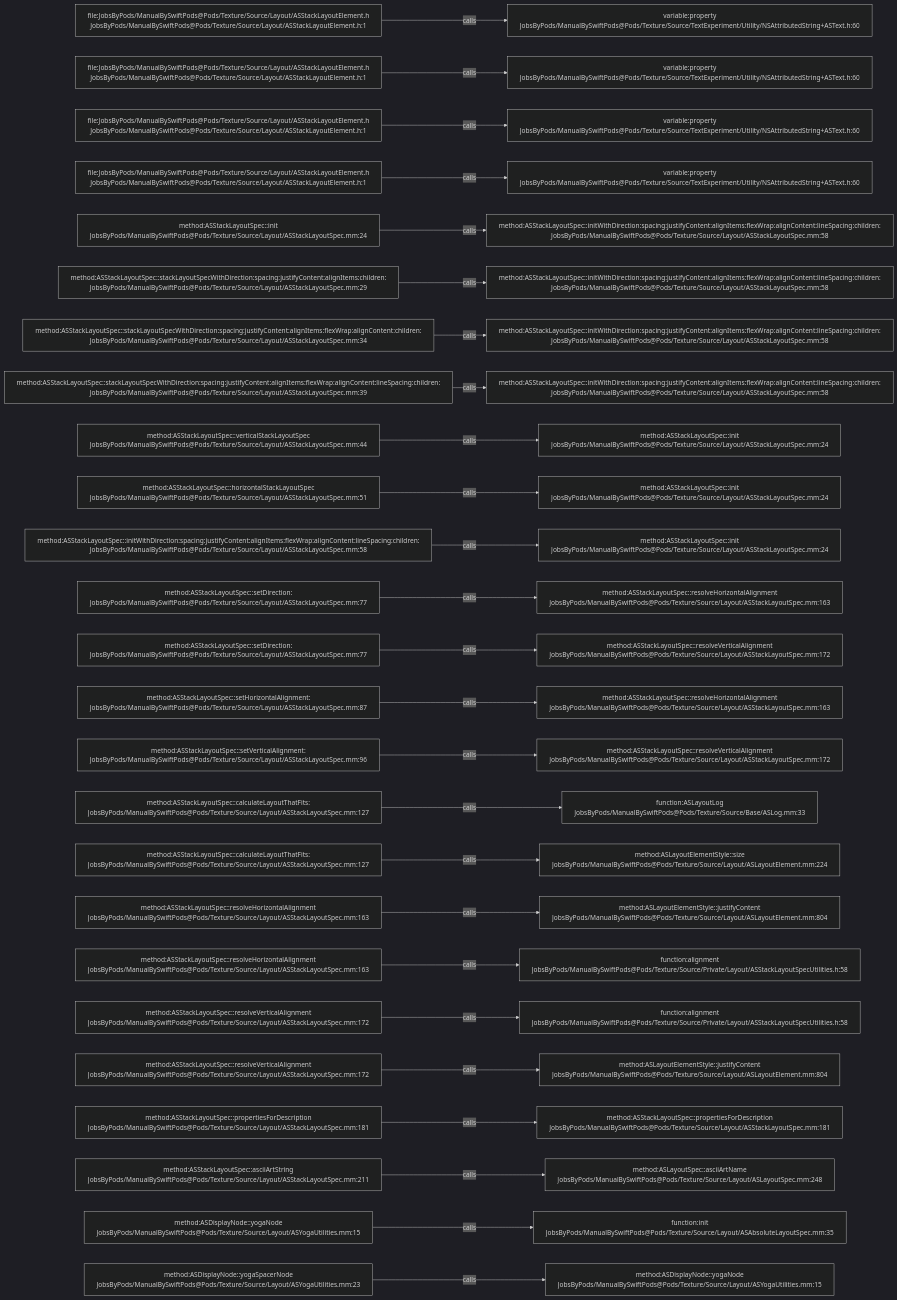
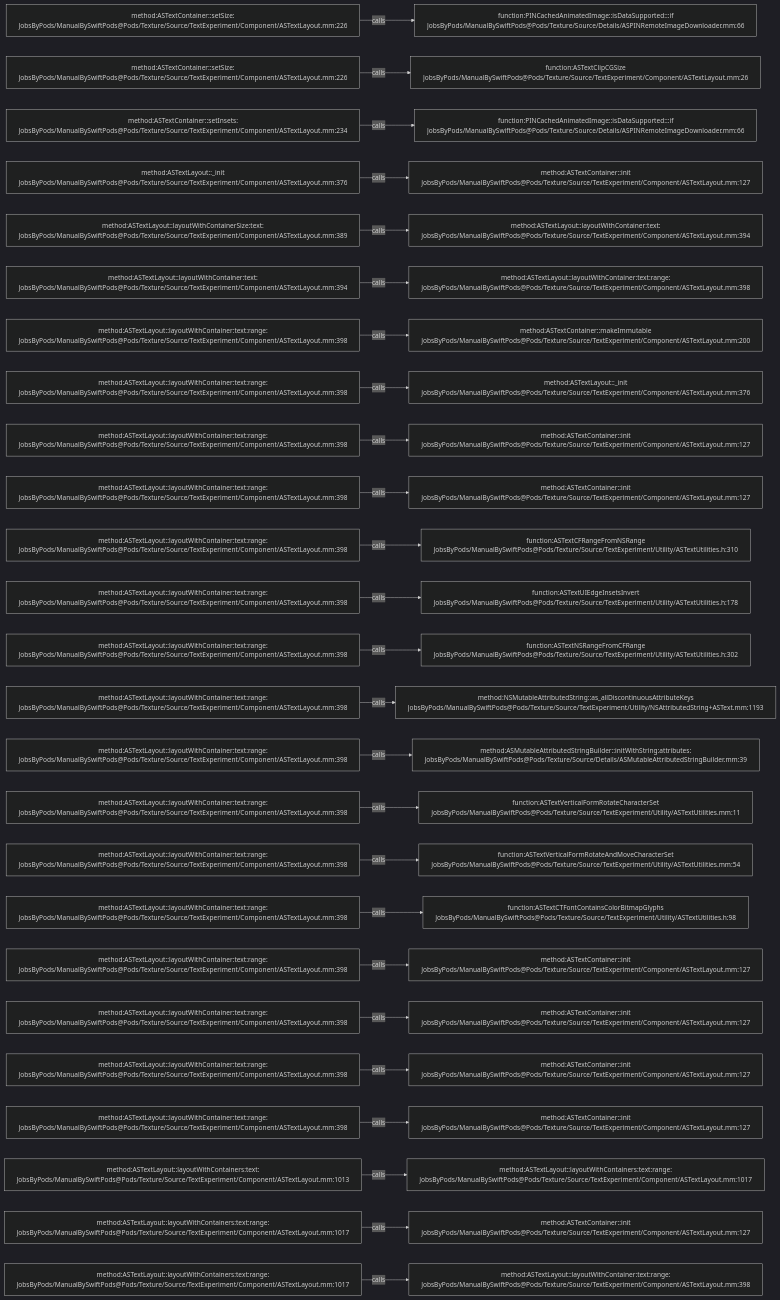
The diagram in .codegraph/codegraph.md/graphs/calls-132.md (JobsKits/JobsSwiftBaseConfigDemo), drawn with Mermaid (dark theme) before and after one commit. The commit also changed 832 other files, not shown here.

````diff
--- a/.codegraph/codegraph.md/graphs/calls-132.md
+++ b/.codegraph/codegraph.md/graphs/calls-132.md
@@ -13,78 +13,78 @@
 ```mermaid
 flowchart LR
-  S1["file:JobsByPods/ManualBySwiftPods@Pods/Texture/Source/Layout/ASStackLayoutElement.h<br/>JobsByPods/ManualBySwiftPods@Pods/Texture/Source/Layout/ASStackLayoutElement.h:1"]
-  T1["variable:property<br/>JobsByPods/ManualBySwiftPods@Pods/Texture/Source/TextExperiment/Utility/NSAttributedString+ASText.h:60"]
+  S1["method:ASTextContainer::setSize:<br/>JobsByPods/ManualBySwiftPods@Pods/Texture/Source/TextExperiment/Component/ASTextLayout.mm:226"]
+  T1["function:PINCachedAnimatedImage::isDataSupported:::if<br/>JobsByPods/ManualBySwiftPods@Pods/Texture/Source/Details/ASPINRemoteImageDownloader.mm:66"]
   S1 -->|calls| T1
-  S2["file:JobsByPods/ManualBySwiftPods@Pods/Texture/Source/Layout/ASStackLayoutElement.h<br/>JobsByPods/ManualBySwiftPods@Pods/Texture/Source/Layout/ASStackLayoutElement.h:1"]
-  T2["variable:property<br/>JobsByPods/ManualBySwiftPods@Pods/Texture/Source/TextExperiment/Utility/NSAttributedString+ASText.h:60"]
+  S2["method:ASTextContainer::setSize:<br/>JobsByPods/ManualBySwiftPods@Pods/Texture/Source/TextExperiment/Component/ASTextLayout.mm:226"]
+  T2["function:ASTextClipCGSize<br/>JobsByPods/ManualBySwiftPods@Pods/Texture/Source/TextExperiment/Component/ASTextLayout.mm:26"]
   S2 -->|calls| T2
-  S3["file:JobsByPods/ManualBySwiftPods@Pods/Texture/Source/Layout/ASStackLayoutElement.h<br/>JobsByPods/ManualBySwiftPods@Pods/Texture/Source/Layout/ASStackLayoutElement.h:1"]
-  T3["variable:property<br/>JobsByPods/ManualBySwiftPods@Pods/Texture/Source/TextExperiment/Utility/NSAttributedString+ASText.h:60"]
+  S3["method:ASTextContainer::setInsets:<br/>JobsByPods/ManualBySwiftPods@Pods/Texture/Source/TextExperiment/Component/ASTextLayout.mm:234"]
+  T3["function:PINCachedAnimatedImage::isDataSupported:::if<br/>JobsByPods/ManualBySwiftPods@Pods/Texture/Source/Details/ASPINRemoteImageDownloader.mm:66"]
   S3 -->|calls| T3
-  S4["file:JobsByPods/ManualBySwiftPods@Pods/Texture/Source/Layout/ASStackLayoutElement.h<br/>JobsByPods/ManualBySwiftPods@Pods/Texture/Source/Layout/ASStackLayoutElement.h:1"]
-  T4["variable:property<br/>JobsByPods/ManualBySwiftPods@Pods/Texture/Source/TextExperiment/Utility/NSAttributedString+ASText.h:60"]
+  S4["method:ASTextLayout::_init<br/>JobsByPods/ManualBySwiftPods@Pods/Texture/Source/TextExperiment/Component/ASTextLayout.mm:376"]
+  T4["method:ASTextContainer::init<br/>JobsByPods/ManualBySwiftPods@Pods/Texture/Source/TextExperiment/Component/ASTextLayout.mm:127"]
   S4 -->|calls| T4
-  S5["method:ASStackLayoutSpec::init<br/>JobsByPods/ManualBySwiftPods@Pods/Texture/Source/Layout/ASStackLayoutSpec.mm:24"]
-  T5["method:ASStackLayoutSpec::initWithDirection:spacing:justifyContent:alignItems:flexWrap:alignContent:lineSpacing:children:<br/>JobsByPods/ManualBySwiftPods@Pods/Texture/Source/Layout/ASStackLayoutSpec.mm:58"]
+  S5["method:ASTextLayout::layoutWithContainerSize:text:<br/>JobsByPods/ManualBySwiftPods@Pods/Texture/Source/TextExperiment/Component/ASTextLayout.mm:389"]
+  T5["method:ASTextLayout::layoutWithContainer:text:<br/>JobsByPods/ManualBySwiftPods@Pods/Texture/Source/TextExperiment/Component/ASTextLayout.mm:394"]
   S5 -->|calls| T5
-  S6["method:ASStackLayoutSpec::stackLayoutSpecWithDirection:spacing:justifyContent:alignItems:children:<br/>JobsByPods/ManualBySwiftPods@Pods/Texture/Source/Layout/ASStackLayoutSpec.mm:29"]
-  T6["method:ASStackLayoutSpec::initWithDirection:spacing:justifyContent:alignItems:flexWrap:alignContent:lineSpacing:children:<br/>JobsByPods/ManualBySwiftPods@Pods/Texture/Source/Layout/ASStackLayoutSpec.mm:58"]
+  S6["method:ASTextLayout::layoutWithContainer:text:<br/>JobsByPods/ManualBySwiftPods@Pods/Texture/Source/TextExperiment/Component/ASTextLayout.mm:394"]
+  T6["method:ASTextLayout::layoutWithContainer:text:range:<br/>JobsByPods/ManualBySwiftPods@Pods/Texture/Source/TextExperiment/Component/ASTextLayout.mm:398"]
   S6 -->|calls| T6
-  S7["method:ASStackLayoutSpec::stackLayoutSpecWithDirection:spacing:justifyContent:alignItems:flexWrap:alignContent:children:<br/>JobsByPods/ManualBySwiftPods@Pods/Texture/Source/Layout/ASStackLayoutSpec.mm:34"]
-  T7["method:ASStackLayoutSpec::initWithDirection:spacing:justifyContent:alignItems:flexWrap:alignContent:lineSpacing:children:<br/>JobsByPods/ManualBySwiftPods@Pods/Texture/Source/Layout/ASStackLayoutSpec.mm:58"]
+  S7["method:ASTextLayout::layoutWithContainer:text:range:<br/>JobsByPods/ManualBySwiftPods@Pods/Texture/Source/TextExperiment/Component/ASTextLayout.mm:398"]
+  T7["method:ASTextContainer::makeImmutable<br/>JobsByPods/ManualBySwiftPods@Pods/Texture/Source/TextExperiment/Component/ASTextLayout.mm:200"]
   S7 -->|calls| T7
-  S8["method:ASStackLayoutSpec::stackLayoutSpecWithDirection:spacing:justifyContent:alignItems:flexWrap:alignContent:lineSpacing:children:<br/>JobsByPods/ManualBySwiftPods@Pods/Texture/Source/Layout/ASStackLayoutSpec.mm:39"]
-  T8["method:ASStackLayoutSpec::initWithDirection:spacing:justifyContent:alignItems:flexWrap:alignContent:lineSpacing:children:<br/>JobsByPods/ManualBySwiftPods@Pods/Texture/Source/Layout/ASStackLayoutSpec.mm:58"]
+  S8["method:ASTextLayout::layoutWithContainer:text:range:<br/>JobsByPods/ManualBySwiftPods@Pods/Texture/Source/TextExperiment/Component/ASTextLayout.mm:398"]
+  T8["method:ASTextLayout::_init<br/>JobsByPods/ManualBySwiftPods@Pods/Texture/Source/TextExperiment/Component/ASTextLayout.mm:376"]
   S8 -->|calls| T8
-  S9["method:ASStackLayoutSpec::verticalStackLayoutSpec<br/>JobsByPods/ManualBySwiftPods@Pods/Texture/Source/Layout/ASStackLayoutSpec.mm:44"]
-  T9["method:ASStackLayoutSpec::init<br/>JobsByPods/ManualBySwiftPods@Pods/Texture/Source/Layout/ASStackLayoutSpec.mm:24"]
+  S9["method:ASTextLayout::layoutWithContainer:text:range:<br/>JobsByPods/ManualBySwiftPods@Pods/Texture/Source/TextExperiment/Component/ASTextLayout.mm:398"]
+  T9["method:ASTextContainer::init<br/>JobsByPods/ManualBySwiftPods@Pods/Texture/Source/TextExperiment/Component/ASTextLayout.mm:127"]
   S9 -->|calls| T9
-  S10["method:ASStackLayoutSpec::horizontalStackLayoutSpec<br/>JobsByPods/ManualBySwiftPods@Pods/Texture/Source/Layout/ASStackLayoutSpec.mm:51"]
-  T10["method:ASStackLayoutSpec::init<br/>JobsByPods/ManualBySwiftPods@Pods/Texture/Source/Layout/ASStackLayoutSpec.mm:24"]
+  S10["method:ASTextLayout::layoutWithContainer:text:range:<br/>JobsByPods/ManualBySwiftPods@Pods/Texture/Source/TextExperiment/Component/ASTextLayout.mm:398"]
+  T10["method:ASTextContainer::init<br/>JobsByPods/ManualBySwiftPods@Pods/Texture/Source/TextExperiment/Component/ASTextLayout.mm:127"]
   S10 -->|calls| T10
-  S11["method:ASStackLayoutSpec::initWithDirection:spacing:justifyContent:alignItems:flexWrap:alignContent:lineSpacing:children:<br/>JobsByPods/ManualBySwiftPods@Pods/Texture/Source/Layout/ASStackLayoutSpec.mm:58"]
-  T11["method:ASStackLayoutSpec::init<br/>JobsByPods/ManualBySwiftPods@Pods/Texture/Source/Layout/ASStackLayoutSpec.mm:24"]
+  S11["method:ASTextLayout::layoutWithContainer:text:range:<br/>JobsByPods/ManualBySwiftPods@Pods/Texture/Source/TextExperiment/Component/ASTextLayout.mm:398"]
+  T11["function:ASTextCFRangeFromNSRange<br/>JobsByPods/ManualBySwiftPods@Pods/Texture/Source/TextExperiment/Utility/ASTextUtilities.h:310"]
   S11 -->|calls| T11
-  S12["method:ASStackLayoutSpec::setDirection:<br/>JobsByPods/ManualBySwiftPods@Pods/Texture/Source/Layout/ASStackLayoutSpec.mm:77"]
-  T12["method:ASStackLayoutSpec::resolveHorizontalAlignment<br/>JobsByPods/ManualBySwiftPods@Pods/Texture/Source/Layout/ASStackLayoutSpec.mm:163"]
+  S12["method:ASTextLayout::layoutWithContainer:text:range:<br/>JobsByPods/ManualBySwiftPods@Pods/Texture/Source/TextExperiment/Component/ASTextLayout.mm:398"]
+  T12["function:ASTextUIEdgeInsetsInvert<br/>JobsByPods/ManualBySwiftPods@Pods/Texture/Source/TextExperiment/Utility/ASTextUtilities.h:178"]
   S12 -->|calls| T12
-  S13["method:ASStackLayoutSpec::setDirection:<br/>JobsByPods/ManualBySwiftPods@Pods/Texture/Source/Layout/ASStackLayoutSpec.mm:77"]
-  T13["method:ASStackLayoutSpec::resolveVerticalAlignment<br/>JobsByPods/ManualBySwiftPods@Pods/Texture/Source/Layout/ASStackLayoutSpec.mm:172"]
+  S13["method:ASTextLayout::layoutWithContainer:text:range:<br/>JobsByPods/ManualBySwiftPods@Pods/Texture/Source/TextExperiment/Component/ASTextLayout.mm:398"]
+  T13["function:ASTextNSRangeFromCFRange<br/>JobsByPods/ManualBySwiftPods@Pods/Texture/Source/TextExperiment/Utility/ASTextUtilities.h:302"]
   S13 -->|calls| T13
-  S14["method:ASStackLayoutSpec::setHorizontalAlignment:<br/>JobsByPods/ManualBySwiftPods@Pods/Texture/Source/Layout/ASStackLayoutSpec.mm:87"]
-  T14["method:ASStackLayoutSpec::resolveHorizontalAlignment<br/>JobsByPods/ManualBySwiftPods@Pods/Texture/Source/Layout/ASStackLayoutSpec.mm:163"]
+  S14["method:ASTextLayout::layoutWithContainer:text:range:<br/>JobsByPods/ManualBySwiftPods@Pods/Texture/Source/TextExperiment/Component/ASTextLayout.mm:398"]
+  T14["method:NSMutableAttributedString::as_allDiscontinuousAttributeKeys<br/>JobsByPods/ManualBySwiftPods@Pods/Texture/Source/TextExperiment/Utility/NSAttributedString+ASText.mm:1193"]
   S14 -->|calls| T14
-  S15["method:ASStackLayoutSpec::setVerticalAlignment:<br/>JobsByPods/ManualBySwiftPods@Pods/Texture/Source/Layout/ASStackLayoutSpec.mm:96"]
-  T15["method:ASStackLayoutSpec::resolveVerticalAlignment<br/>JobsByPods/ManualBySwiftPods@Pods/Texture/Source/Layout/ASStackLayoutSpec.mm:172"]
+  S15["method:ASTextLayout::layoutWithContainer:text:range:<br/>JobsByPods/ManualBySwiftPods@Pods/Texture/Source/TextExperiment/Component/ASTextLayout.mm:398"]
+  T15["method:ASMutableAttributedStringBuilder::initWithString:attributes:<br/>JobsByPods/ManualBySwiftPods@Pods/Texture/Source/Details/ASMutableAttributedStringBuilder.mm:39"]
   S15 -->|calls| T15
-  S16["method:ASStackLayoutSpec::calculateLayoutThatFits:<br/>JobsByPods/ManualBySwiftPods@Pods/Texture/Source/Layout/ASStackLayoutSpec.mm:127"]
-  T16["function:ASLayoutLog<br/>JobsByPods/ManualBySwiftPods@Pods/Texture/Source/Base/ASLog.mm:33"]
+  S16["method:ASTextLayout::layoutWithContainer:text:range:<br/>JobsByPods/ManualBySwiftPods@Pods/Texture/Source/TextExperiment/Component/ASTextLayout.mm:398"]
+  T16["function:ASTextVerticalFormRotateCharacterSet<br/>JobsByPods/ManualBySwiftPods@Pods/Texture/Source/TextExperiment/Utility/ASTextUtilities.mm:11"]
   S16 -->|calls| T16
-  S17["method:ASStackLayoutSpec::calculateLayoutThatFits:<br/>JobsByPods/ManualBySwiftPods@Pods/Texture/Source/Layout/ASStackLayoutSpec.mm:127"]
-  T17["method:ASLayoutElementStyle::size<br/>JobsByPods/ManualBySwiftPods@Pods/Texture/Source/Layout/ASLayoutElement.mm:224"]
+  S17["method:ASTextLayout::layoutWithContainer:text:range:<br/>JobsByPods/ManualBySwiftPods@Pods/Texture/Source/TextExperiment/Component/ASTextLayout.mm:398"]
+  T17["function:ASTextVerticalFormRotateAndMoveCharacterSet<br/>JobsByPods/ManualBySwiftPods@Pods/Texture/Source/TextExperiment/Utility/ASTextUtilities.mm:54"]
   S17 -->|calls| T17
-  S18["method:ASStackLayoutSpec::resolveHorizontalAlignment<br/>JobsByPods/ManualBySwiftPods@Pods/Texture/Source/Layout/ASStackLayoutSpec.mm:163"]
-  T18["method:ASLayoutElementStyle::justifyContent<br/>JobsByPods/ManualBySwiftPods@Pods/Texture/Source/Layout/ASLayoutElement.mm:804"]
+  S18["method:ASTextLayout::layoutWithContainer:text:range:<br/>JobsByPods/ManualBySwiftPods@Pods/Texture/Source/TextExperiment/Component/ASTextLayout.mm:398"]
+  T18["function:ASTextCTFontContainsColorBitmapGlyphs<br/>JobsByPods/ManualBySwiftPods@Pods/Texture/Source/TextExperiment/Utility/ASTextUtilities.h:98"]
   S18 -->|calls| T18
-  S19["method:ASStackLayoutSpec::resolveHorizontalAlignment<br/>JobsByPods/ManualBySwiftPods@Pods/Texture/Source/Layout/ASStackLayoutSpec.mm:163"]
-  T19["function:alignment<br/>JobsByPods/ManualBySwiftPods@Pods/Texture/Source/Private/Layout/ASStackLayoutSpecUtilities.h:58"]
+  S19["method:ASTextLayout::layoutWithContainer:text:range:<br/>JobsByPods/ManualBySwiftPods@Pods/Texture/Source/TextExperiment/Component/ASTextLayout.mm:398"]
+  T19["method:ASTextContainer::init<br/>JobsByPods/ManualBySwiftPods@Pods/Texture/Source/TextExperiment/Component/ASTextLayout.mm:127"]
   S19 -->|calls| T19
-  S20["method:ASStackLayoutSpec::resolveVerticalAlignment<br/>JobsByPods/ManualBySwiftPods@Pods/Texture/Source/Layout/ASStackLayoutSpec.mm:172"]
-  T20["function:alignment<br/>JobsByPods/ManualBySwiftPods@Pods/Texture/Source/Private/Layout/ASStackLayoutSpecUtilities.h:58"]
+  S20["method:ASTextLayout::layoutWithContainer:text:range:<br/>JobsByPods/ManualBySwiftPods@Pods/Texture/Source/TextExperiment/Component/ASTextLayout.mm:398"]
+  T20["method:ASTextContainer::init<br/>JobsByPods/ManualBySwiftPods@Pods/Texture/Source/TextExperiment/Component/ASTextLayout.mm:127"]
   S20 -->|calls| T20
-  S21["method:ASStackLayoutSpec::resolveVerticalAlignment<br/>JobsByPods/ManualBySwiftPods@Pods/Texture/Source/Layout/ASStackLayoutSpec.mm:172"]
-  T21["method:ASLayoutElementStyle::justifyContent<br/>JobsByPods/ManualBySwiftPods@Pods/Texture/Source/Layout/ASLayoutElement.mm:804"]
+  S21["method:ASTextLayout::layoutWithContainer:text:range:<br/>JobsByPods/ManualBySwiftPods@Pods/Texture/Source/TextExperiment/Component/ASTextLayout.mm:398"]
+  T21["method:ASTextContainer::init<br/>JobsByPods/ManualBySwiftPods@Pods/Texture/Source/TextExperiment/Component/ASTextLayout.mm:127"]
   S21 -->|calls| T21
-  S22["method:ASStackLayoutSpec::propertiesForDescription<br/>JobsByPods/ManualBySwiftPods@Pods/Texture/Source/Layout/ASStackLayoutSpec.mm:181"]
-  T22["method:ASStackLayoutSpec::propertiesForDescription<br/>JobsByPods/ManualBySwiftPods@Pods/Texture/Source/Layout/ASStackLayoutSpec.mm:181"]
+  S22["method:ASTextLayout::layoutWithContainer:text:range:<br/>JobsByPods/ManualBySwiftPods@Pods/Texture/Source/TextExperiment/Component/ASTextLayout.mm:398"]
+  T22["method:ASTextContainer::init<br/>JobsByPods/ManualBySwiftPods@Pods/Texture/Source/TextExperiment/Component/ASTextLayout.mm:127"]
   S22 -->|calls| T22
-  S23["method:ASStackLayoutSpec::asciiArtString<br/>JobsByPods/ManualBySwiftPods@Pods/Texture/Source/Layout/ASStackLayoutSpec.mm:211"]
-  T23["method:ASLayoutSpec::asciiArtName<br/>JobsByPods/ManualBySwiftPods@Pods/Texture/Source/Layout/ASLayoutSpec.mm:248"]
+  S23["method:ASTextLayout::layoutWithContainers:text:<br/>JobsByPods/ManualBySwiftPods@Pods/Texture/Source/TextExperiment/Component/ASTextLayout.mm:1013"]
+  T23["method:ASTextLayout::layoutWithContainers:text:range:<br/>JobsByPods/ManualBySwiftPods@Pods/Texture/Source/TextExperiment/Component/ASTextLayout.mm:1017"]
   S23 -->|calls| T23
-  S24["method:ASDisplayNode::yogaNode<br/>JobsByPods/ManualBySwiftPods@Pods/Texture/Source/Layout/ASYogaUtilities.mm:15"]
-  T24["function:init<br/>JobsByPods/ManualBySwiftPods@Pods/Texture/Source/Layout/ASAbsoluteLayoutSpec.mm:35"]
+  S24["method:ASTextLayout::layoutWithContainers:text:range:<br/>JobsByPods/ManualBySwiftPods@Pods/Texture/Source/TextExperiment/Component/ASTextLayout.mm:1017"]
+  T24["method:ASTextContainer::init<br/>JobsByPods/ManualBySwiftPods@Pods/Texture/Source/TextExperiment/Component/ASTextLayout.mm:127"]
   S24 -->|calls| T24
-  S25["method:ASDisplayNode::yogaSpacerNode<br/>JobsByPods/ManualBySwiftPods@Pods/Texture/Source/Layout/ASYogaUtilities.mm:23"]
-  T25["method:ASDisplayNode::yogaNode<br/>JobsByPods/ManualBySwiftPods@Pods/Texture/Source/Layout/ASYogaUtilities.mm:15"]
+  S25["method:ASTextLayout::layoutWithContainers:text:range:<br/>JobsByPods/ManualBySwiftPods@Pods/Texture/Source/TextExperiment/Component/ASTextLayout.mm:1017"]
+  T25["method:ASTextLayout::layoutWithContainer:text:range:<br/>JobsByPods/ManualBySwiftPods@Pods/Texture/Source/TextExperiment/Component/ASTextLayout.mm:398"]
   S25 -->|calls| T25
 ```
````
